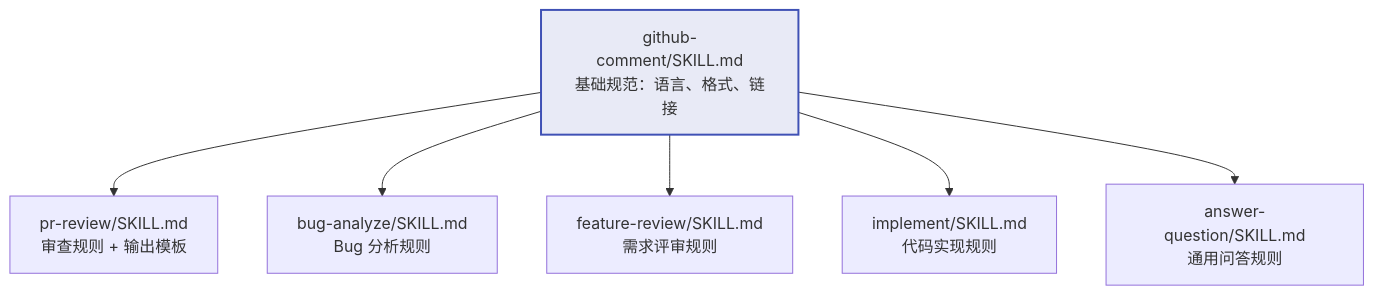
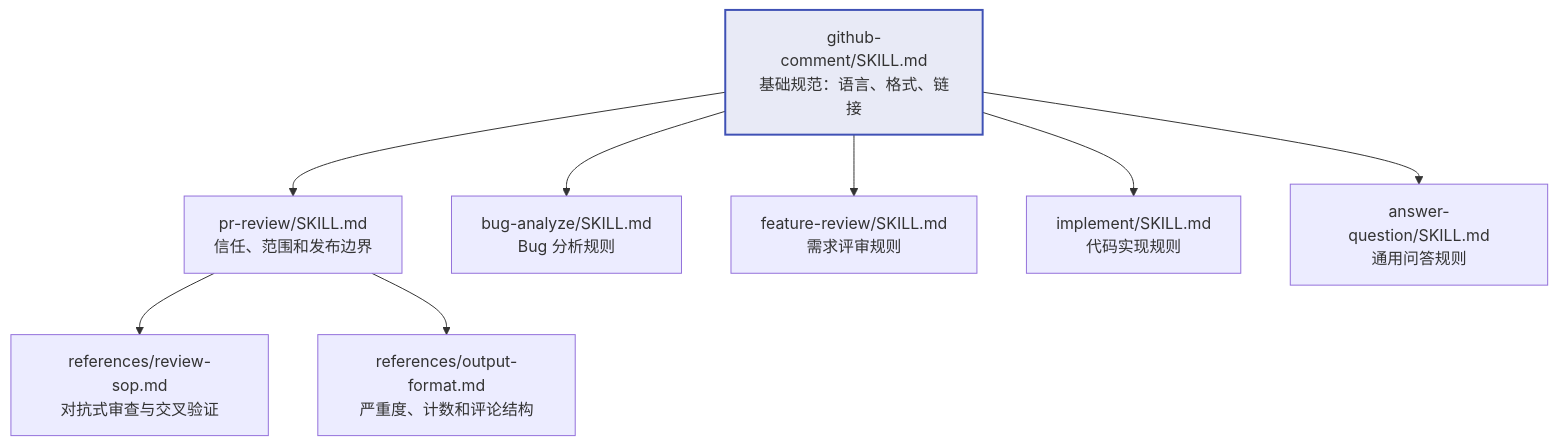
The seventh of 13 diagrams in docs/code-review-design.md (Lightspeed-Intelligence/agentic-workflow-template), drawn with Mermaid before and after one commit. The commit also changed other lines of this file and 21 other files, not shown here.

````diff
--- a/docs/code-review-design.md
+++ b/docs/code-review-design.md
@@ -202,18 +208,22 @@
 ```mermaid
 graph TD
     base["github-comment/SKILL.md<br/>基础规范：语言、格式、链接"]
 
-    pr["pr-review/SKILL.md<br/>审查规则 + 输出模板"]
+    pr["pr-review/SKILL.md<br/>信任、范围和发布边界"]
+    sop["references/review-sop.md<br/>对抗式审查与交叉验证"]
+    fmt["references/output-format.md<br/>严重度、计数和评论结构"]
     bug["bug-analyze/SKILL.md<br/>Bug 分析规则"]
     feat["feature-review/SKILL.md<br/>需求评审规则"]
     impl["implement/SKILL.md<br/>代码实现规则"]
     qa["answer-question/SKILL.md<br/>通用问答规则"]
 
     base --> pr
+    pr --> sop
+    pr --> fmt
     base --> bug
     base --> feat
     base --> impl
     base --> qa
 
     style base fill:#e8eaf6,stroke:#3F51B5,stroke-width:2px
 ```
````
